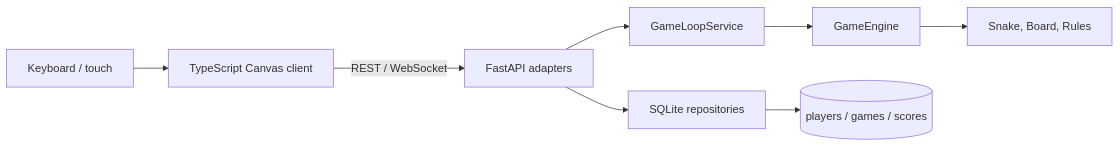
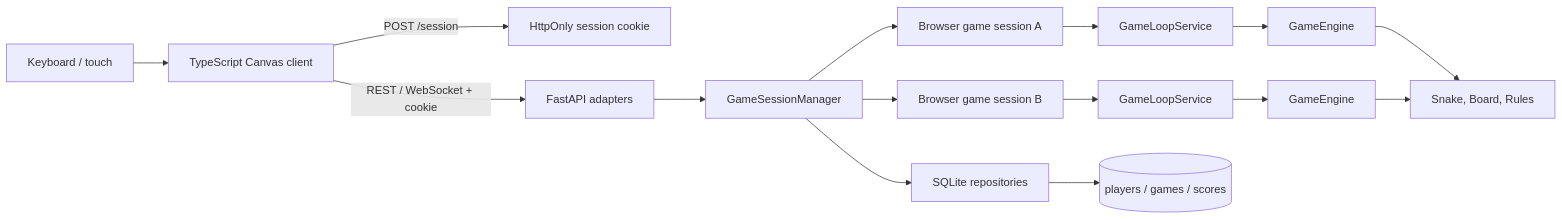
Before and after one commit to ddeveloper72/classic-snake-byte: the diagram in docs/architecture/overview.md, drawn with Mermaid. The commit also changed other lines of this file and 8 other files, not shown here.

Commit message:
Isolate games by secure browser session

````diff
--- a/docs/architecture/overview.md
+++ b/docs/architecture/overview.md
@@ -8,10 +8,17 @@
 ```mermaid
 flowchart LR
     Input[Keyboard / touch] --> Browser[TypeScript Canvas client]
-    Browser -->|REST / WebSocket| API[FastAPI adapters]
-    API --> Loop[GameLoopService]
-    Loop --> Engine[GameEngine]
-    Engine --> Domain[Snake, Board, Rules]
-    API --> Persistence[SQLite repositories]
+    Browser -->|POST /session| Cookie[HttpOnly session cookie]
+    Browser -->|REST / WebSocket + cookie| API[FastAPI adapters]
+    API --> Manager[GameSessionManager]
+    Manager --> SessionA[Browser game session A]
+    Manager --> SessionB[Browser game session B]
+    SessionA --> LoopA[GameLoopService]
+    SessionB --> LoopB[GameLoopService]
+    LoopA --> EngineA[GameEngine]
+    LoopB --> EngineB[GameEngine]
+    EngineA --> Domain[Snake, Board, Rules]
+    EngineB --> Domain
+    Manager --> Persistence[SQLite repositories]
     Persistence --> Schema[(players / games / scores)]
 ```
````
